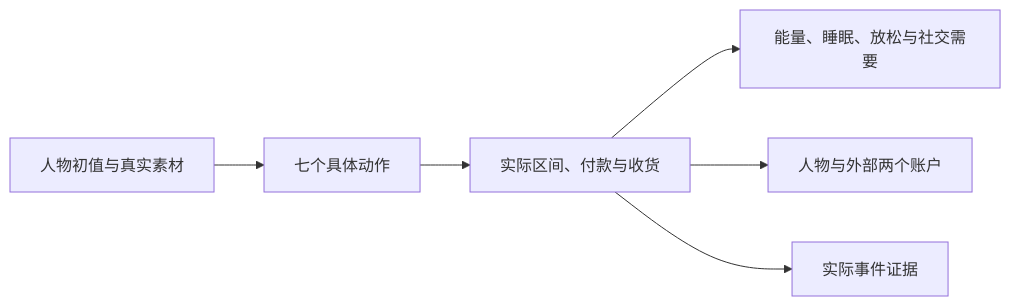
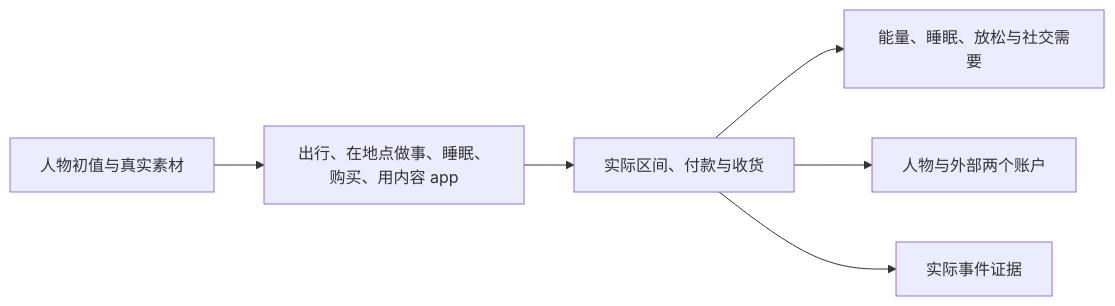
One commit to HoldThatThgt/WorldMock changed the diagram in docs/manual/rules.md. Above: the diagram before and after it, drawn with Mermaid. The commit also changed other lines of this file and 10 other files, not shown here.

````diff
--- a/docs/manual/rules.md
+++ b/docs/manual/rules.md
@@ -6,8 +6,8 @@
 ```mermaid
 flowchart LR
-    Input[人物初值与真实素材] --> Actions[七个具体动作]
+    Input[人物初值与真实素材] --> Actions[出行、在地点做事、睡眠、购买、用内容 app]
     Actions --> Settlement[实际区间、付款与收货]
     Settlement --> Body[能量、睡眠、放松与社交需要]
     Settlement --> Accounts[人物与外部两个账户]
     Settlement --> Evidence[实际事件证据]
 ```
````
